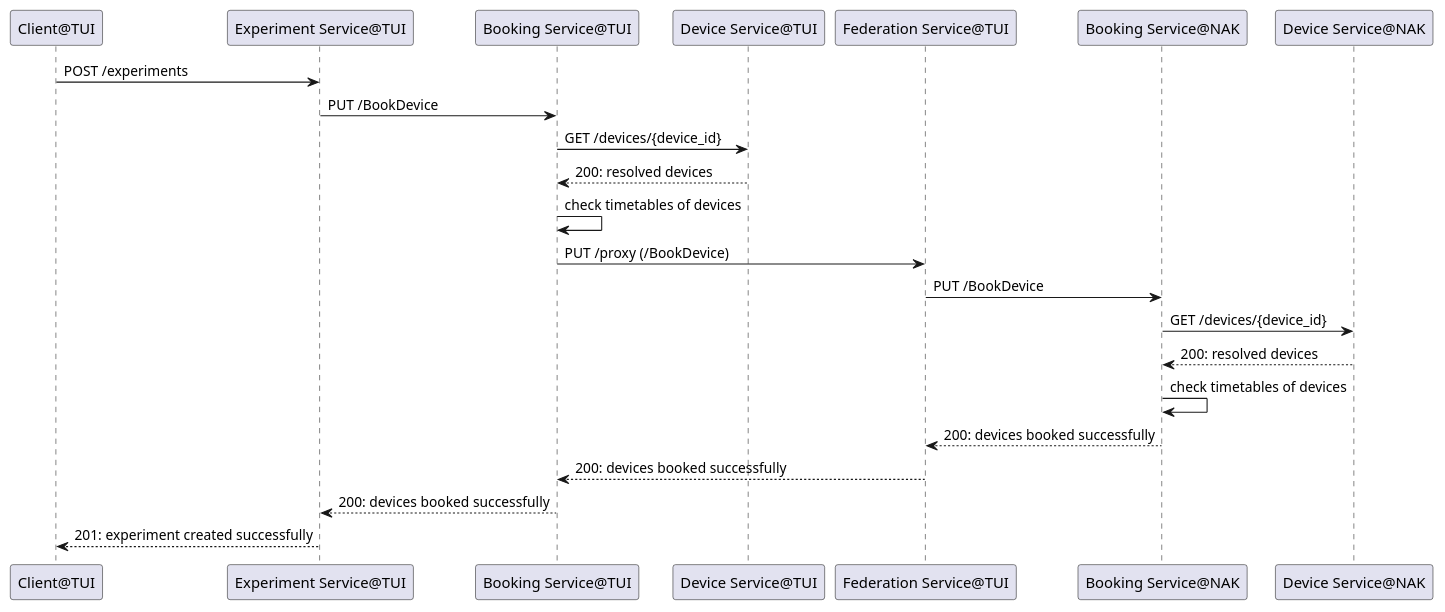
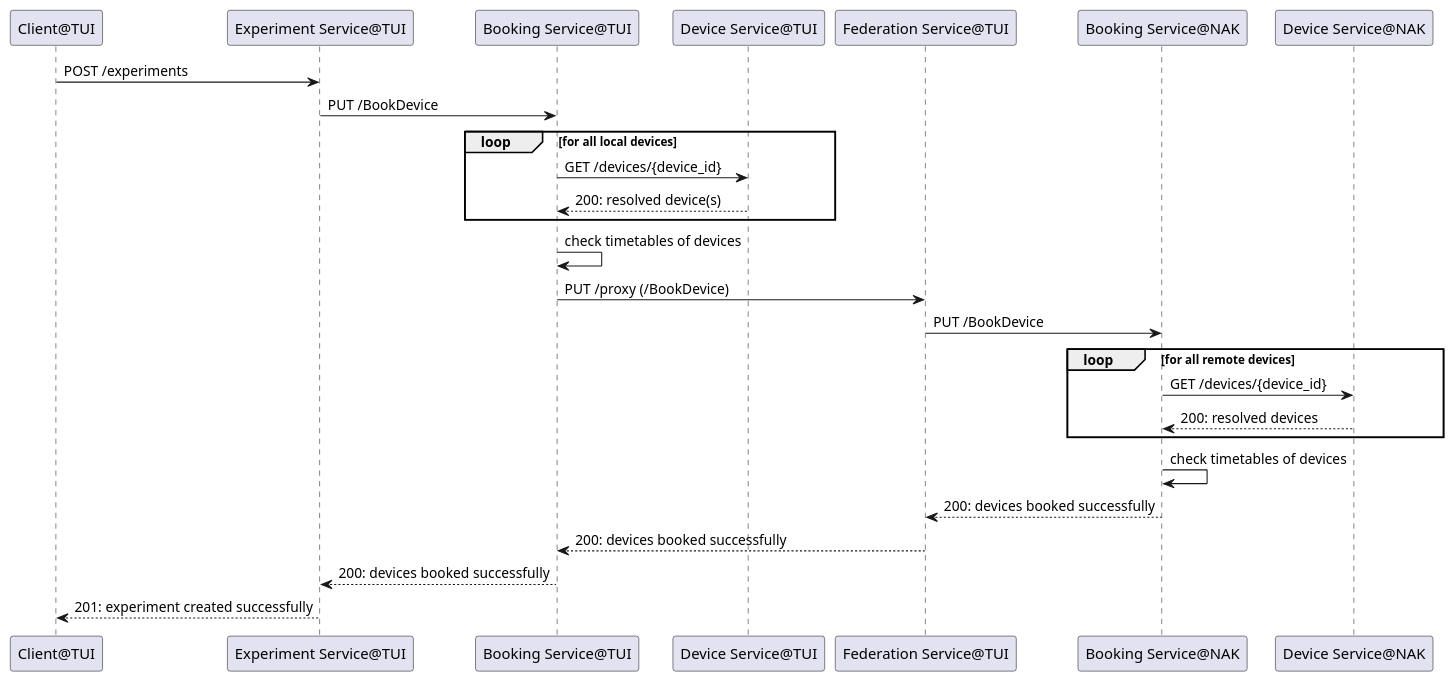
The diagram in diagrams/use_cases/experiment_booking.puml (Cross-Lab-Project/crosslab), drawn with PlantUML before and after one commit. The commit also changed 4 other files, not shown here.

Commit message:
update diagrams

```diff
--- a/diagrams/use_cases/experiment_booking.puml
+++ b/diagrams/use_cases/experiment_booking.puml
@@ -1,16 +1,28 @@
 @startuml ExperimentBooking
 Client@TUI -> "Experiment Service@TUI": POST /experiments
 "Experiment Service@TUI" -> "Booking Service@TUI": PUT /BookDevice
-"Booking Service@TUI" -> "Device Service@TUI": GET /devices/{device_id}
-"Device Service@TUI" --> "Booking Service@TUI": 200: resolved devices
+
+loop for all local devices
+
+    "Booking Service@TUI" -> "Device Service@TUI": GET /devices/{device_id}
+    "Device Service@TUI" --> "Booking Service@TUI": 200: resolved device(s)
+
+end
+
 "Booking Service@TUI" -> "Booking Service@TUI": check timetables of devices
 "Booking Service@TUI" -> "Federation Service@TUI": PUT /proxy (/BookDevice)
 "Federation Service@TUI" -> "Booking Service@NAK": PUT /BookDevice
-"Booking Service@NAK" -> "Device Service@NAK": GET /devices/{device_id}
-"Device Service@NAK" --> "Booking Service@NAK": 200: resolved devices
+
+loop for all remote devices
+
+    "Booking Service@NAK" -> "Device Service@NAK": GET /devices/{device_id}
+    "Device Service@NAK" --> "Booking Service@NAK": 200: resolved devices
+
+end
+
 "Booking Service@NAK" -> "Booking Service@NAK": check timetables of devices
 "Booking Service@NAK" --> "Federation Service@TUI": 200: devices booked successfully
 "Federation Service@TUI" --> "Booking Service@TUI": 200: devices booked successfully
 "Booking Service@TUI" --> "Experiment Service@TUI": 200: devices booked successfully
 "Experiment Service@TUI" --> Client@TUI: 201: experiment created successfully
 @enduml
```
